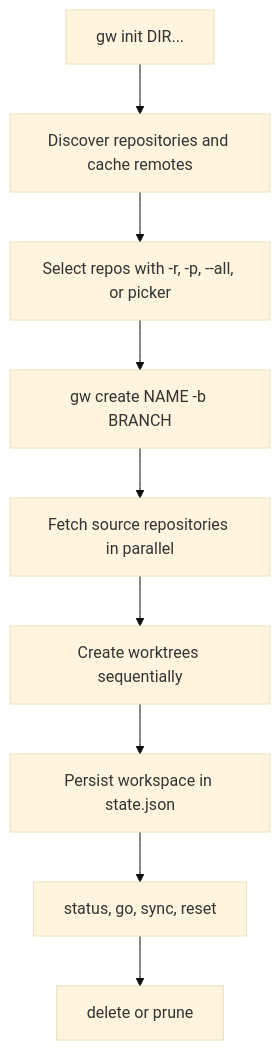
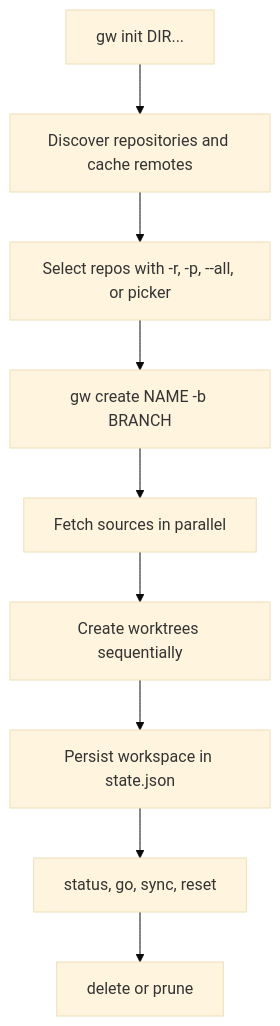
Before and after one commit to nicksenap/grove: the diagram in openwiki/quickstart.md, drawn with Mermaid (base theme). The commit also changed other lines of this file and 10 other files, not shown here.

````diff
--- a/openwiki/quickstart.md
+++ b/openwiki/quickstart.md
@@ -105,11 +98,11 @@
 ```mermaid
 flowchart TD
     init["gw init DIR..."] --> discover["Discover repositories and cache remotes"]
     discover --> select["Select repos with -r, -p, --all, or picker"]
     select --> create["gw create NAME -b BRANCH"]
-    create --> fetch["Fetch source repositories in parallel"]
+    create --> fetch["Fetch sources in parallel"]
     fetch --> worktrees["Create worktrees sequentially"]
     worktrees --> persist["Persist workspace in state.json"]
     persist --> use["status, go, sync, reset"]
     use --> cleanup["delete or prune"]
 ```
````
